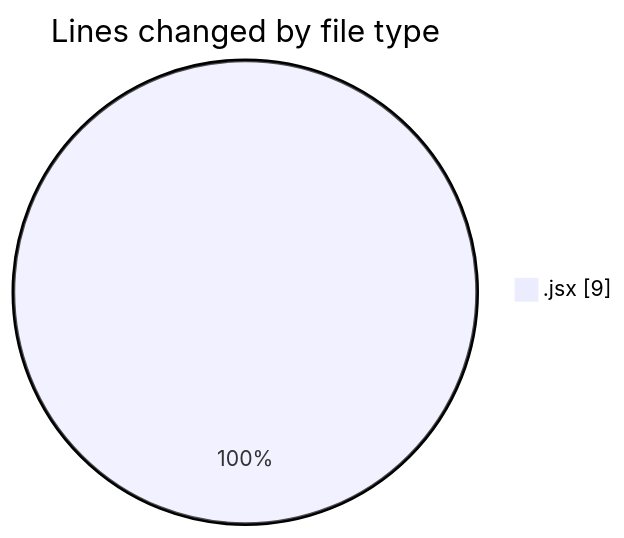
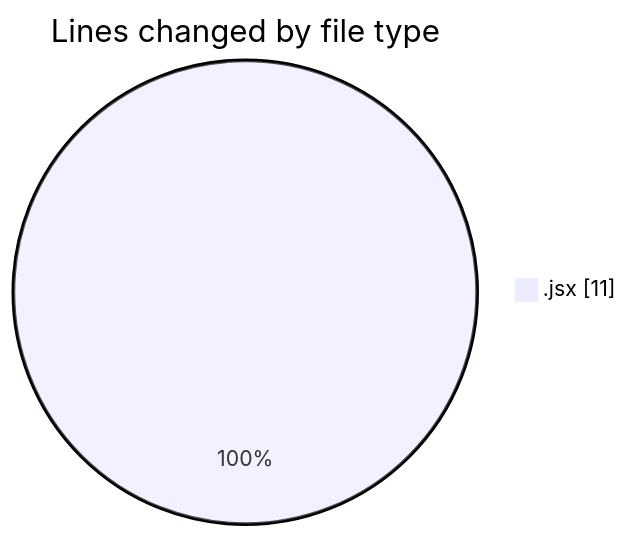
One commit to nxtqubesakshisongat/code-tracking changed the first of 2 diagrams in 2025-06-26/nxtqube_webapp/README.md. Above: the diagram before and after it, drawn with Mermaid. The commit also changed other lines of this file and 1 other file, not shown here.

````diff
--- a/2025-06-26/nxtqube_webapp/README.md
+++ b/2025-06-26/nxtqube_webapp/README.md
@@ -20,5 +20,5 @@
 ```mermaid
 pie showData
 title Lines changed by file type
-".jsx" : 9
+".jsx" : 11
 ```
````
